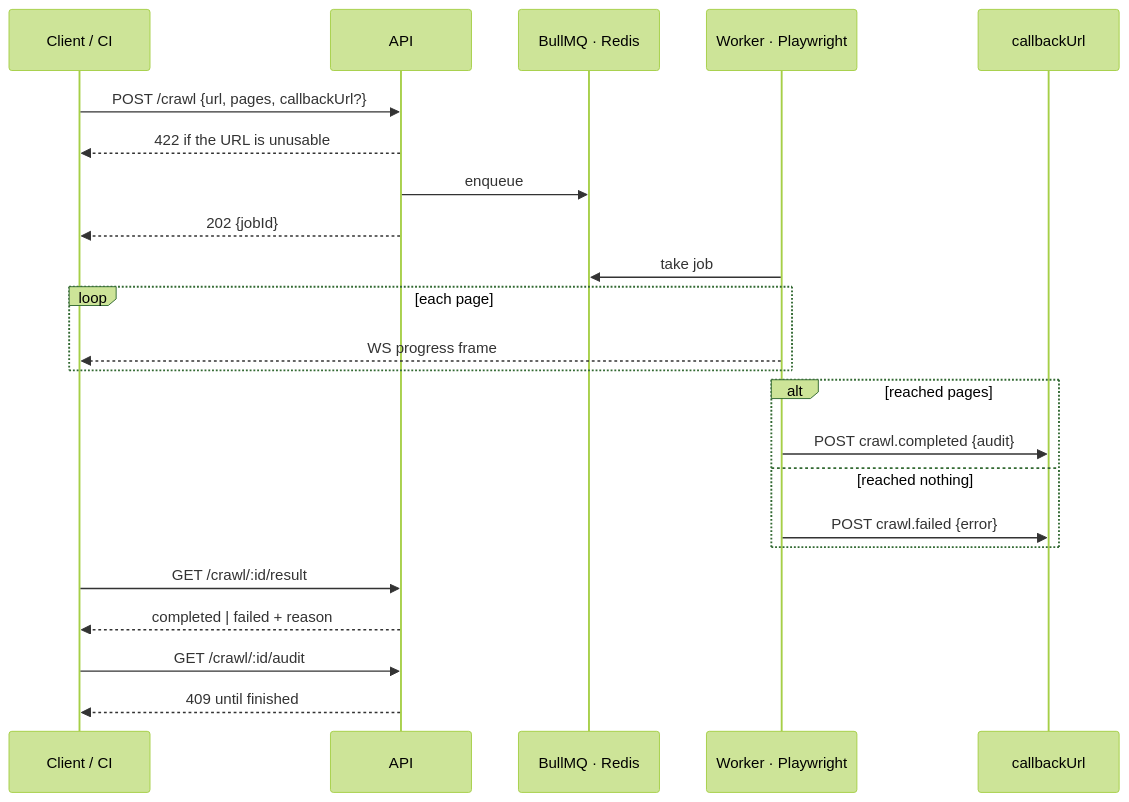
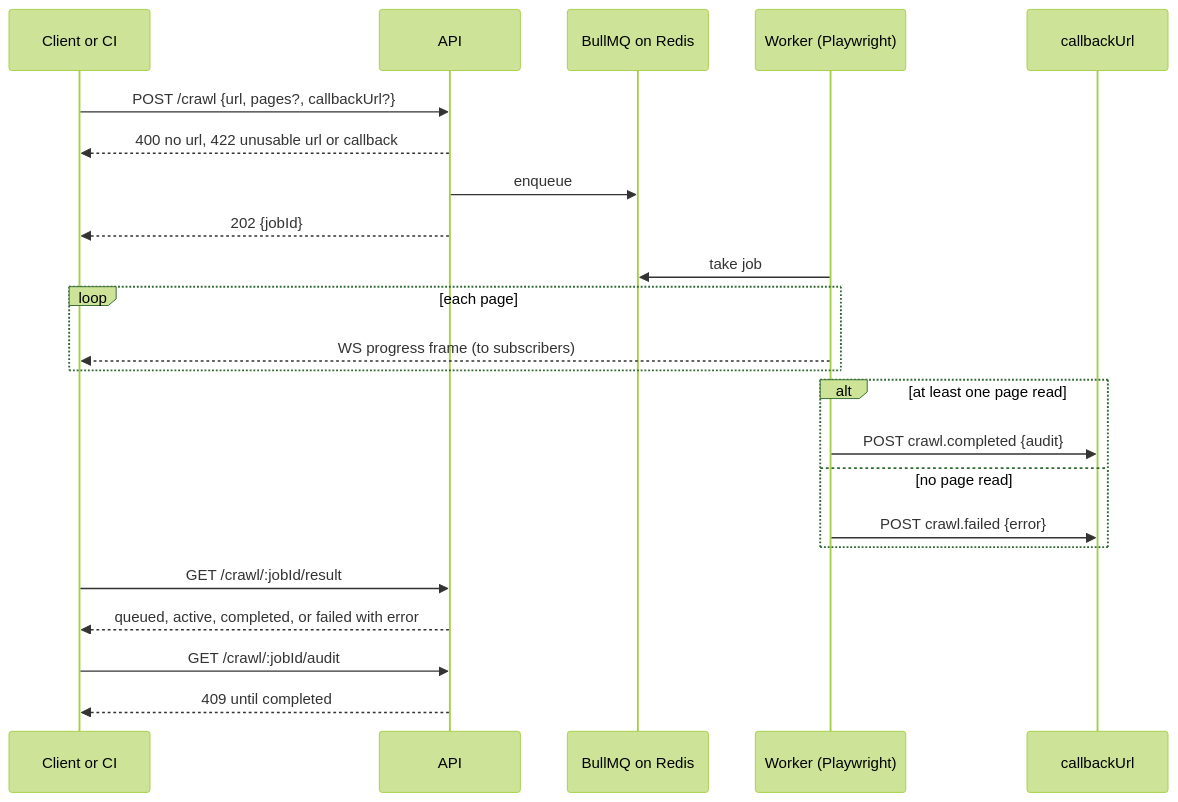
One commit to hipuku/drift changed the second of 2 diagrams in DESIGN.md. Above: the diagram before and after it, drawn with Mermaid (forest theme). The commit also changed other lines of this file and 3 other files, not shown here.

````diff
--- a/DESIGN.md
+++ b/DESIGN.md
@@ -130,29 +115,29 @@
 ```mermaid
 sequenceDiagram
-    participant C as Client / CI
+    participant C as Client or CI
     participant A as API
-    participant Q as BullMQ · Redis
-    participant W as Worker · Playwright
+    participant Q as BullMQ on Redis
+    participant W as Worker (Playwright)
     participant H as callbackUrl
 
-    C->>A: POST /crawl {url, pages, callbackUrl?}
-    A-->>C: 422 if the URL is unusable
+    C->>A: POST /crawl {url, pages?, callbackUrl?}
+    A-->>C: 400 no url, 422 unusable url or callback
     A->>Q: enqueue
     A-->>C: 202 {jobId}
 
     W->>Q: take job
     loop each page
-        W-->>C: WS progress frame
+        W-->>C: WS progress frame (to subscribers)
     end
 
-    alt reached pages
+    alt at least one page read
         W->>H: POST crawl.completed {audit}
-    else reached nothing
+    else no page read
         W->>H: POST crawl.failed {error}
     end
 
-    C->>A: GET /crawl/:id/result
-    A-->>C: completed | failed + reason
-    C->>A: GET /crawl/:id/audit
-    A-->>C: 409 until finished
+    C->>A: GET /crawl/:jobId/result
+    A-->>C: queued, active, completed, or failed with error
+    C->>A: GET /crawl/:jobId/audit
+    A-->>C: 409 until completed
 ```
````
